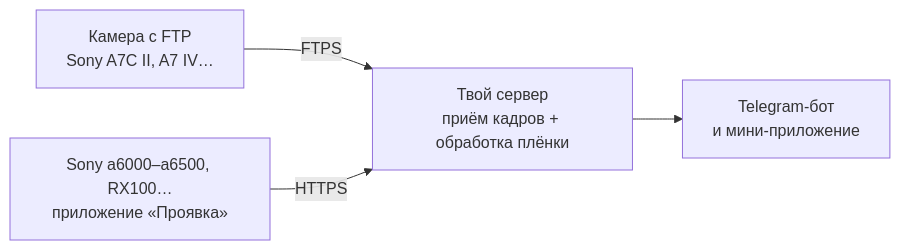
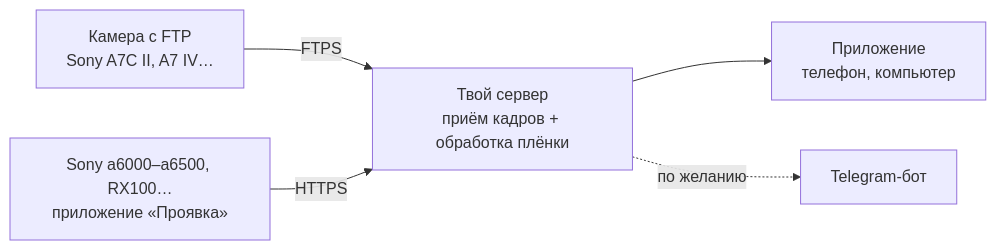
The diagram in README.ru.md (Melnikoff07/proyavka), drawn with Mermaid before and after one commit. The commit also changed other lines of this file and 1 other file, not shown here.

First line of the commit message:
README: Proyavka as an app first, Telegram optional (v1.2)

````diff
--- a/README.ru.md
+++ b/README.ru.md
@@ -23,6 +24,7 @@
 ```mermaid
 flowchart LR
     A[Камера с FTP<br>Sony A7C II, A7 IV…] -- FTPS --> S
     B[Sony a6000–a6500, RX100…<br>приложение «Проявка»] -- HTTPS --> S
-    S[Твой сервер<br>приём кадров + обработка плёнки] --> T[Telegram-бот<br>и мини-приложение]
+    S[Твой сервер<br>приём кадров + обработка плёнки] --> W[Приложение<br>телефон, компьютер]
+    S -. по желанию .-> T[Telegram-бот]
 ```
````
